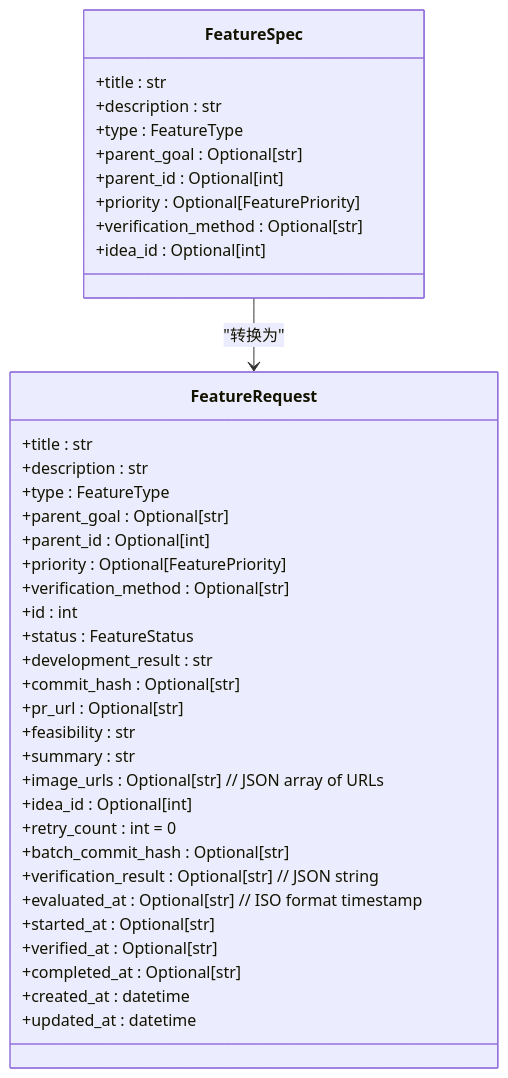
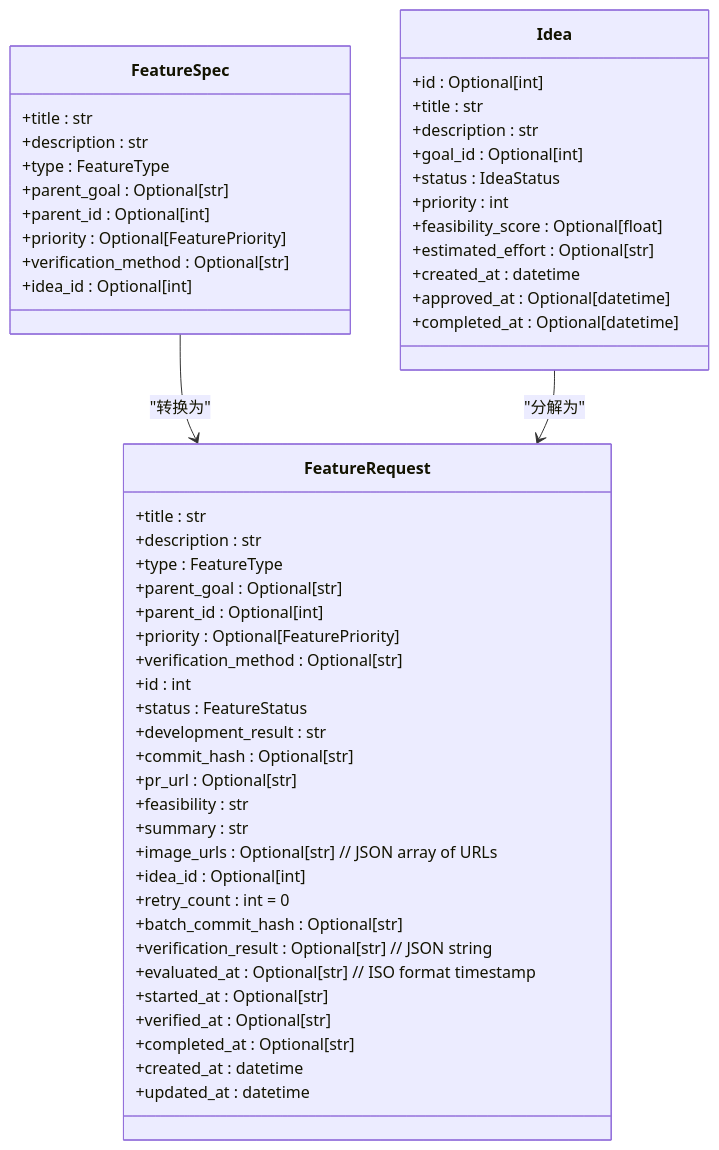
One commit to pinsonchen/vivify changed diagram 22 of 31 in .qoder/repowiki/zh/content/技术实现参考/Web仪表板系统.md. Above: the diagram before and after it, drawn with Mermaid. The commit also changed other lines of this file and 5 other files, not shown here.

````diff
--- a/.qoder/repowiki/zh/content/技术实现参考/Web仪表板系统.md
+++ b/.qoder/repowiki/zh/content/技术实现参考/Web仪表板系统.md
@@ -1071,41 +1163,55 @@
 ```mermaid
 classDiagram
 class FeatureSpec {
 +title : str
 +description : str
 +type : FeatureType
 +parent_goal : Optional[str]
 +parent_id : Optional[int]
 +priority : Optional[FeaturePriority]
 +verification_method : Optional[str]
 +idea_id : Optional[int]
 }
 class FeatureRequest {
 +title : str
 +description : str
 +type : FeatureType
 +parent_goal : Optional[str]
 +parent_id : Optional[int]
 +priority : Optional[FeaturePriority]
 +verification_method : Optional[str]
 +id : int
 +status : FeatureStatus
 +development_result : str
 +commit_hash : Optional[str]
 +pr_url : Optional[str]
 +feasibility : str
 +summary : str
 +image_urls : Optional[str] // JSON array of URLs
 +idea_id : Optional[int]
 +retry_count : int = 0
 +batch_commit_hash : Optional[str]
 +verification_result : Optional[str] // JSON string
 +evaluated_at : Optional[str] // ISO format timestamp
 +started_at : Optional[str]
 +verified_at : Optional[str]
 +completed_at : Optional[str]
 +created_at : datetime
 +updated_at : datetime
 }
+class Idea {
++id : Optional[int]
++title : str
++description : str
++goal_id : Optional[int]
++status : IdeaStatus
++priority : int
++feasibility_score : Optional[float]
++estimated_effort : Optional[str]
++created_at : datetime
++approved_at : Optional[datetime]
++completed_at : Optional[datetime]
+}
 FeatureSpec --> FeatureRequest : "转换为"
+Idea --> FeatureRequest : "分解为"
 ```
````
